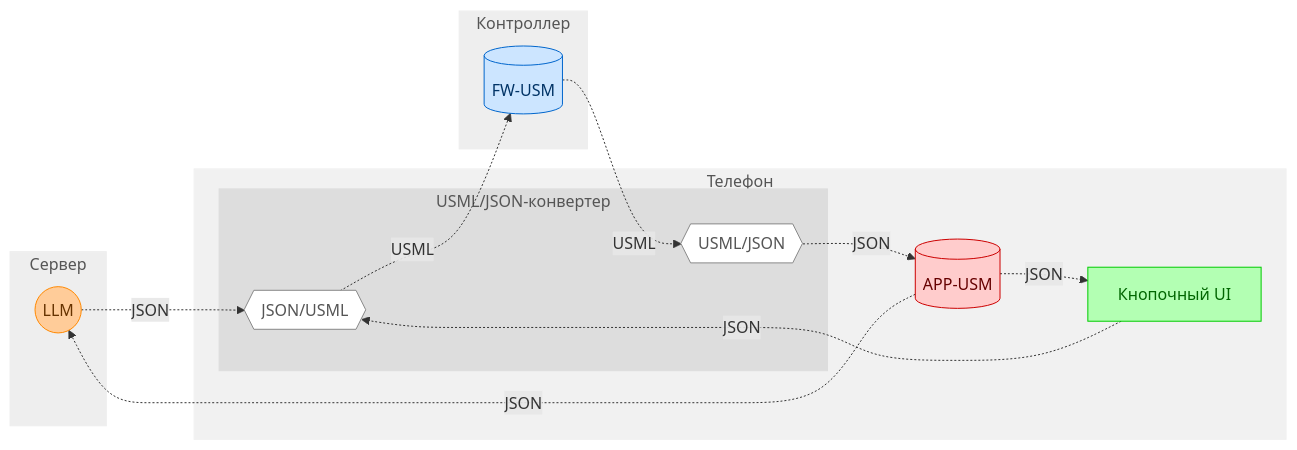
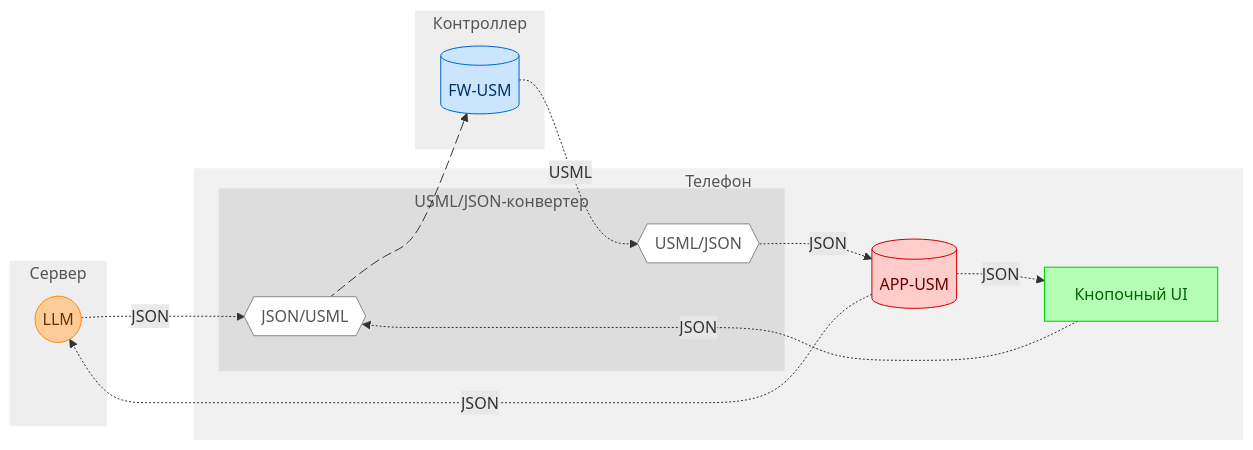
One commit to KhudyakovAlex/Synapse changed the diagram in PDS/SynapsePDS_USML.md. Above: the diagram before and after it, drawn with Mermaid. The commit also changed other lines of this file and 3 other files, not shown here.

Commit message:
Remove edge animation from USML flowchart

````diff
--- a/PDS/SynapsePDS_USML.md
+++ b/PDS/SynapsePDS_USML.md
@@ -27,39 +27,41 @@
 ```mermaid
 flowchart LR
     subgraph Сервер
       LLM((LLM))
     end
 
     subgraph Телефон
       UI[Кнопочный UI]
       APPUSM[(APP-USM)]
 
       subgraph Конвертер["USML/JSON-конвертер"]
         C-IN{{USML/JSON}}
         C-OUT{{JSON/USML}}
       end
     end
   
     subgraph Контроллер
       FWUSM[(FW-USM)]
     end
 
     APPUSM -.JSON.-> UI
     APPUSM -.JSON.-> LLM
     LLM -.JSON.-> C-OUT
     UI -.JSON.-> C-OUT
-    C-OUT -.USML.-> FWUSM
+    C-OUT e1@--> FWUSM
     FWUSM -.USML.-> C-IN
     C-IN -.JSON.-> APPUSM
 
     style Сервер fill:#eeeeee,stroke:#eeeeee,color:#555555
     style Конвертер fill:#dddddd,stroke:#dddddd,color:#555555
     style Телефон fill:#f1f1f1,stroke:#f1f1f1,color:#555555
     style Контроллер fill:#eeeeee,stroke:#eeeeee,color:#555555
     style LLM fill:#ffcc99,stroke:#ff8800,color:#663300
     style UI fill:#b3ffb3,stroke:#00cc00,color:#006600
     style APPUSM fill:#ffcccc,stroke:#cc0000,color:#660000
     style FWUSM fill:#cce5ff,stroke:#0066cc,color:#003366
     style C-IN fill:#ffffff,stroke:#888888,color:#555555
     style C-OUT fill:#ffffff,stroke:#888888,color:#555555
+
+    e1@{ animation: fast }
 ```
````
